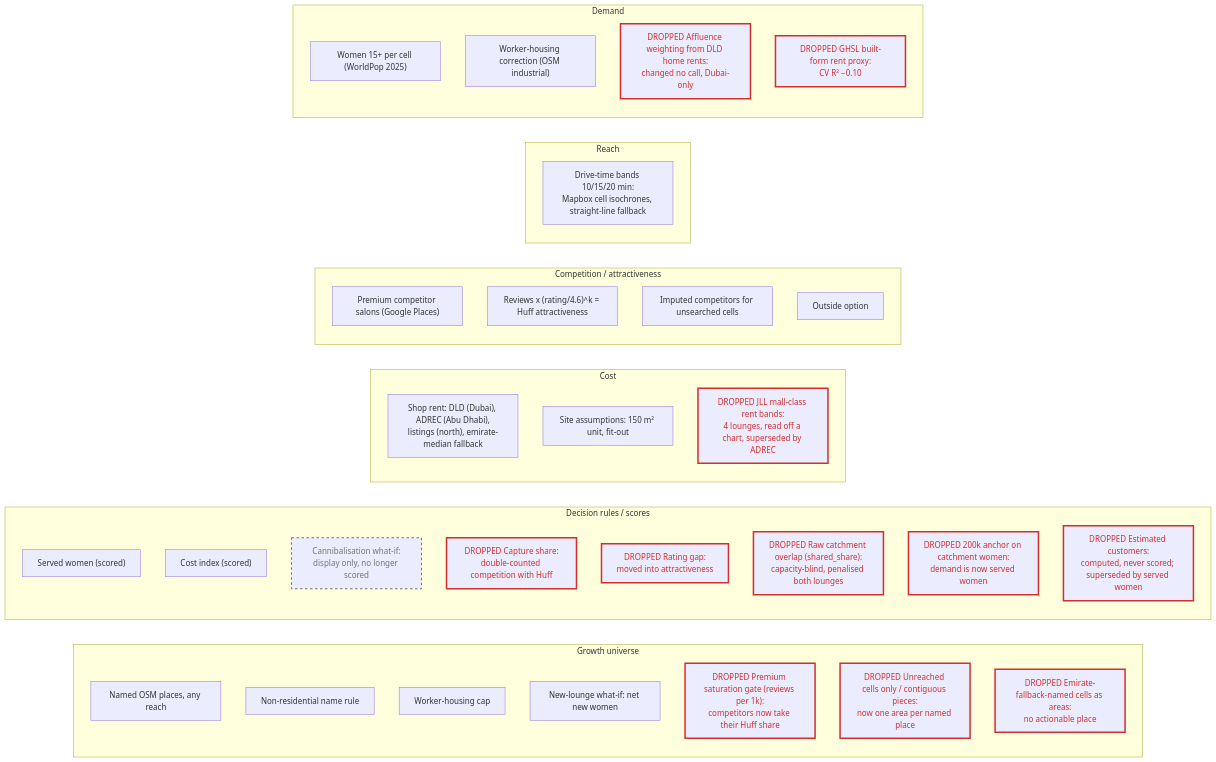
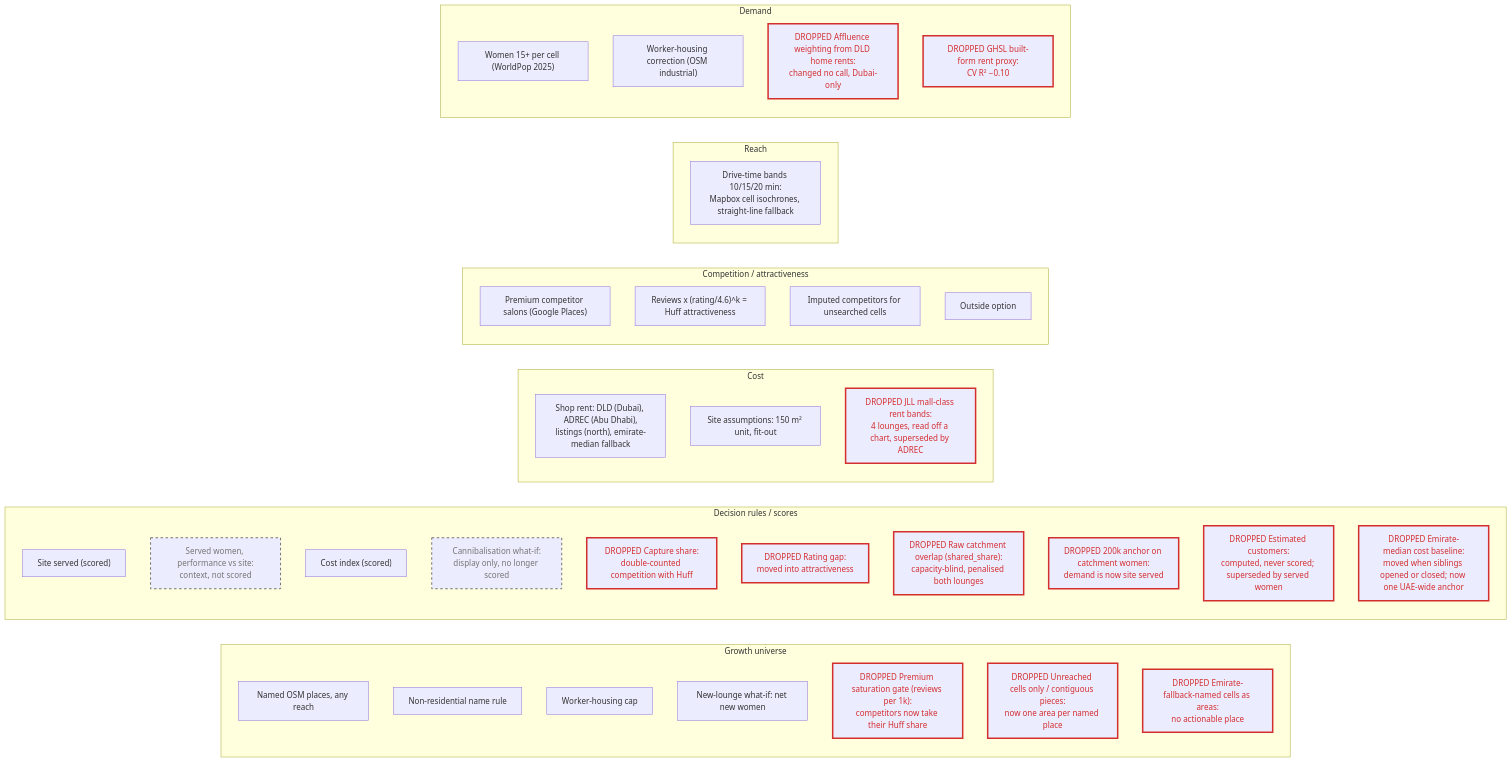
One commit to thenomadlad/2pz-ai-case-study changed the second of 2 diagrams in README.md. Above: the diagram before and after it, drawn with Mermaid. The commit also changed other lines of this file and 4 other files, not shown here.

First line of the commit message:
Docs: site-scored model and the UAE-wide cost anchor

````diff
--- a/README.md
+++ b/README.md
@@ -239,45 +247,47 @@
 ```mermaid
 flowchart LR
   subgraph G["Growth universe"]
     G1["Named OSM places, any reach"]
     G2["Non-residential name rule"]
     G3["Worker-housing cap"]
     G4["New-lounge what-if: net new women"]
     G5["DROPPED Premium saturation gate (reviews per 1k):<br/>competitors now take their Huff share"]:::dropped
     G6["DROPPED Unreached cells only / contiguous pieces:<br/>now one area per named place"]:::dropped
     G7["DROPPED Emirate-fallback-named cells as areas:<br/>no actionable place"]:::dropped
   end
   subgraph S["Decision rules / scores"]
-    S1["Served women (scored)"]
+    S1["Site served (scored)"]
+    S9["Served women, performance vs site:<br/>context, not scored"]:::demoted
     S2["Cost index (scored)"]
     S3["Cannibalisation what-if:<br/>display only, no longer scored"]:::demoted
     S4["DROPPED Capture share:<br/>double-counted competition with Huff"]:::dropped
     S5["DROPPED Rating gap:<br/>moved into attractiveness"]:::dropped
     S6["DROPPED Raw catchment overlap (shared_share):<br/>capacity-blind, penalised both lounges"]:::dropped
-    S7["DROPPED 200k anchor on catchment women:<br/>demand is now served women"]:::dropped
+    S7["DROPPED 200k anchor on catchment women:<br/>demand is now site served"]:::dropped
     S8["DROPPED Estimated customers:<br/>computed, never scored; superseded by served women"]:::dropped
+    S10["DROPPED Emirate-median cost baseline:<br/>moved when siblings opened or closed; now one UAE-wide anchor"]:::dropped
   end
   subgraph K["Cost"]
     K1["Shop rent: DLD (Dubai), ADREC (Abu Dhabi),<br/>listings (north), emirate-median fallback"]
     K2["Site assumptions: 150 m² unit, fit-out"]
     K3["DROPPED JLL mall-class rent bands:<br/>4 lounges, read off a chart, superseded by ADREC"]:::dropped
   end
   subgraph C["Competition / attractiveness"]
     C1["Premium competitor salons (Google Places)"]
     C2["Reviews x (rating/4.6)^k = Huff attractiveness"]
     C3["Imputed competitors for unsearched cells"]
     C4["Outside option"]
   end
   subgraph R["Reach"]
     R1["Drive-time bands 10/15/20 min:<br/>Mapbox cell isochrones, straight-line fallback"]
   end
   subgraph D["Demand"]
     D1["Women 15+ per cell (WorldPop 2025)"]
     D2["Worker-housing correction (OSM industrial)"]
     D3["DROPPED Affluence weighting from DLD home rents:<br/>changed no call, Dubai-only"]:::dropped
     D4["DROPPED GHSL built-form rent proxy:<br/>CV R² −0.10"]:::dropped
   end
 
   classDef dropped stroke:#d32f2f,stroke-width:3px,color:#d32f2f
   classDef demoted stroke-dasharray: 5 5,stroke:#757575,stroke-width:2px,color:#757575
 ```
````
